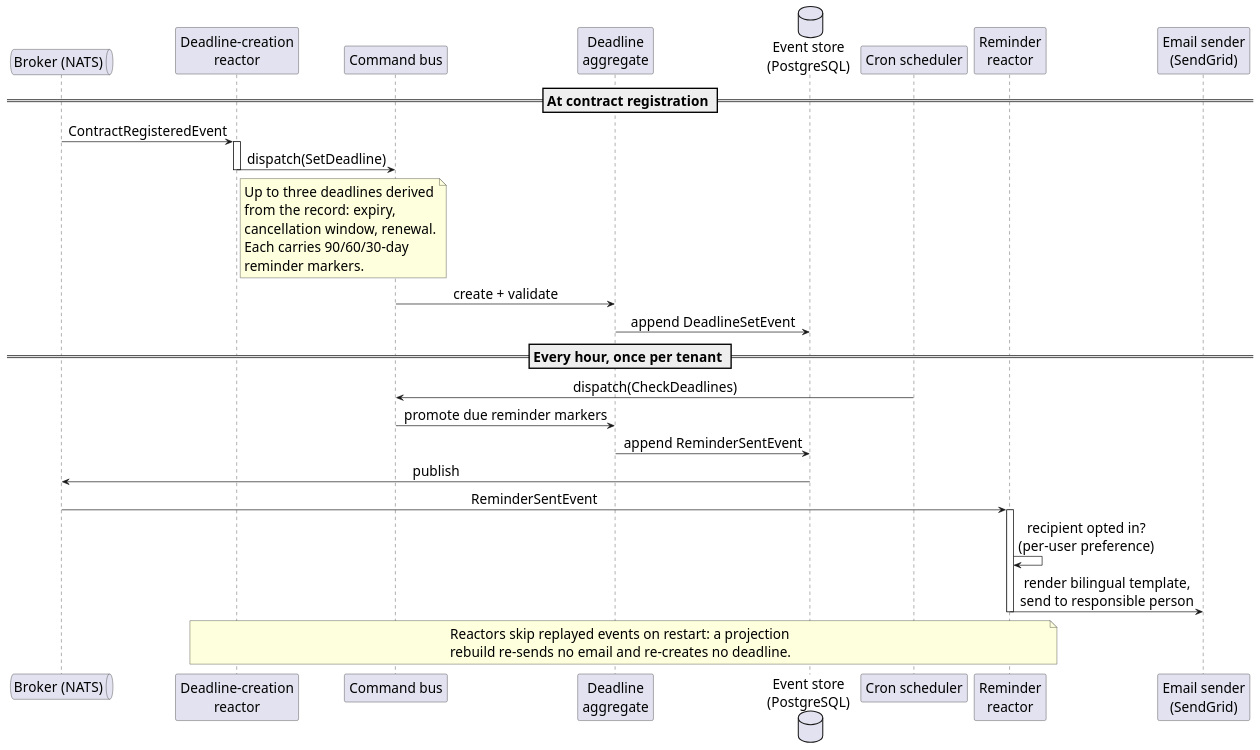
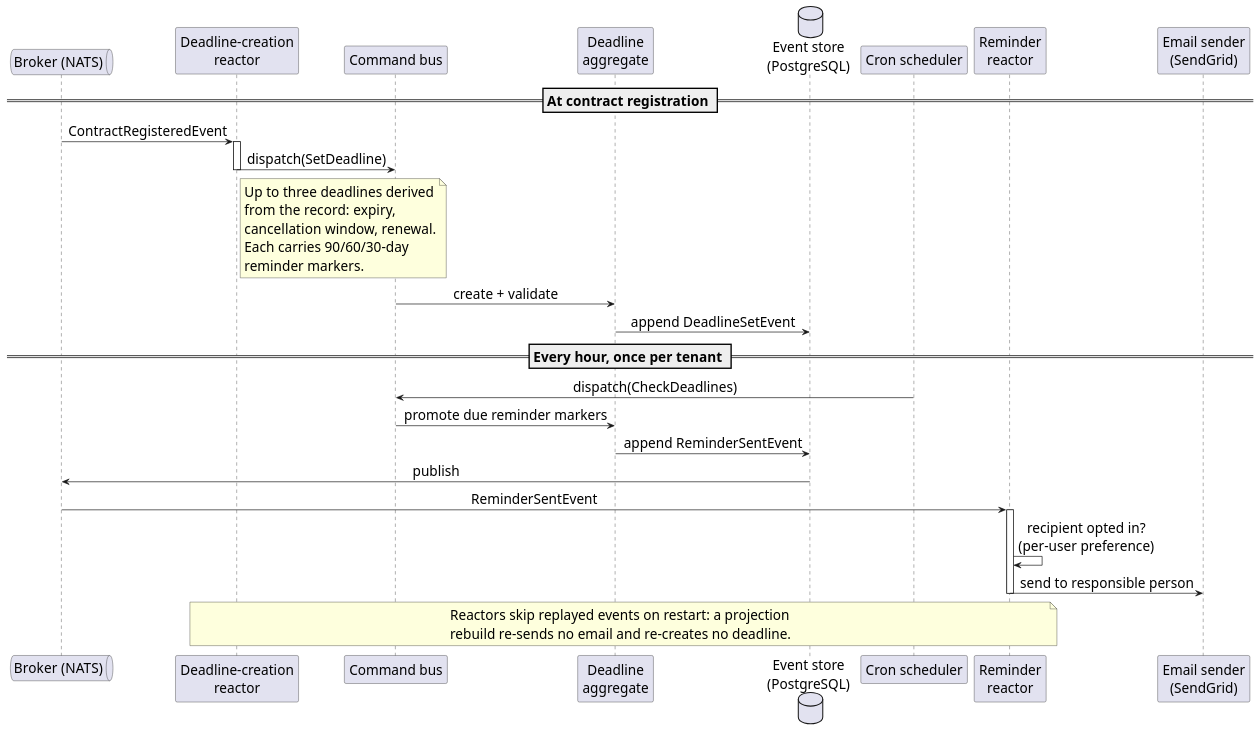
One commit to idris-saddi/pfe-report changed the diagram in report/Chapter4/figures/deadline-automation.puml. Above: the diagram before and after it, drawn with PlantUML. The commit also changed 6 other files, not shown here.

```diff
--- a/report/Chapter4/figures/deadline-automation.puml
+++ b/report/Chapter4/figures/deadline-automation.puml
@@ -1,54 +1,54 @@
 @startuml deadline-automation
 '==============================================================================
 ' Figure (Chapter IV, Workflow and temporal automation): contract registration
 ' fires the deadline-creation reactor; the cron scheduler later promotes due
 ' reminder markers and the reminder reactor sends the mail. Grounded in the
 ' realised Deadline domain (auto-created deadlines, 90/60/30 markers, hourly
 ' CheckDeadlines batch, per-user notification preference).
 ' Render:  plantuml -tsvg deadline-automation.puml  then  rsvg-convert -f pdf
 '==============================================================================
 skinparam shadowing false
 skinparam defaultFontName Helvetica
 skinparam defaultFontSize 20
 skinparam sequenceMessageAlign center
 
 queue "Broker (NATS)" as broker
 participant "Deadline-creation\nreactor" as create
 participant "Command bus" as cbus
 participant "Deadline\naggregate" as agg
 database "Event store\n(PostgreSQL)" as es
 participant "Cron scheduler" as cron
 participant "Reminder\nreactor" as remind
 participant "Email sender\n(SendGrid)" as mail
 
 == At contract registration ==
 broker -> create : ContractRegisteredEvent
 activate create
 create -> cbus : dispatch(SetDeadline)
 note right of create
   Up to three deadlines derived
   from the record: expiry,
   cancellation window, renewal.
   Each carries 90/60/30-day
   reminder markers.
 end note
 deactivate create
 cbus -> agg : create + validate
 agg -> es : append DeadlineSetEvent
 
 == Every hour, once per tenant ==
 cron -> cbus : dispatch(CheckDeadlines)
 cbus -> agg : promote due reminder markers
 agg -> es : append ReminderSentEvent
 es -> broker : publish
 broker -> remind : ReminderSentEvent
 activate remind
 remind -> remind : recipient opted in?\n(per-user preference)
-remind -> mail : render bilingual template,\nsend to responsible person
+remind -> mail : send to responsible person
 deactivate remind
 
 note over create, remind
   Reactors skip replayed events on restart: a projection
   rebuild re-sends no email and re-creates no deadline.
 end note
 @enduml
```
